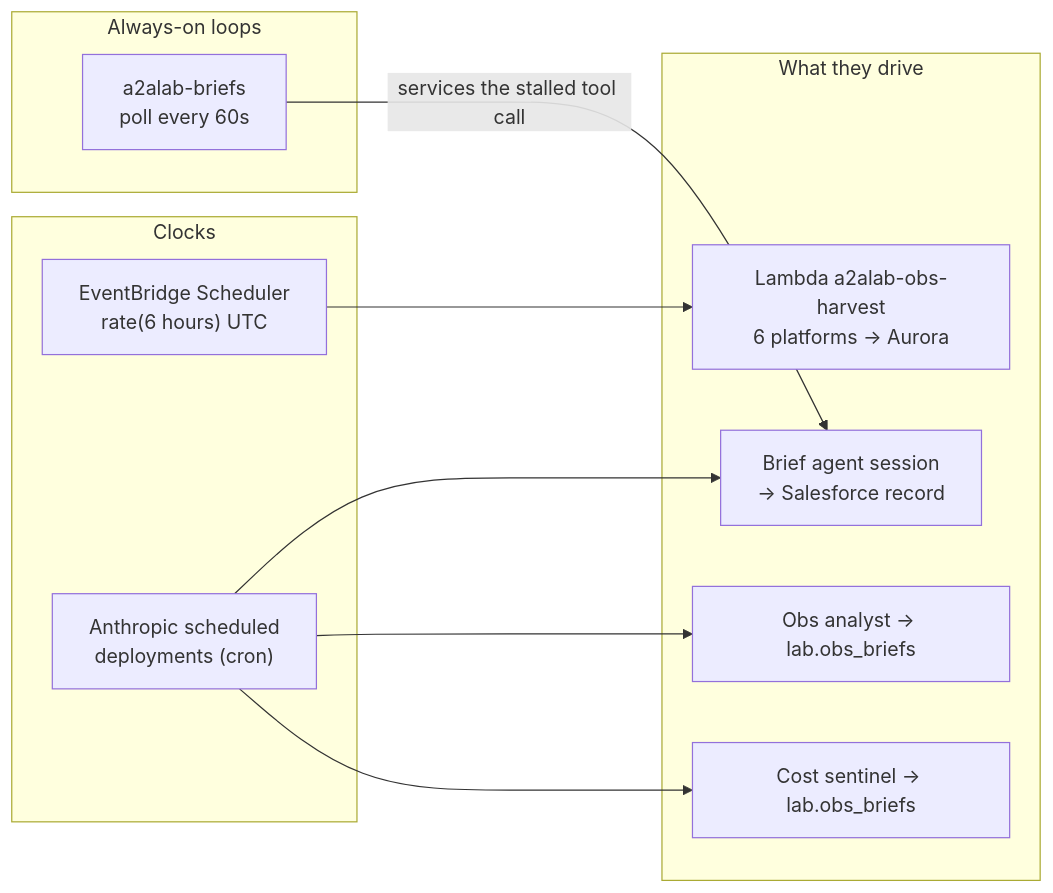
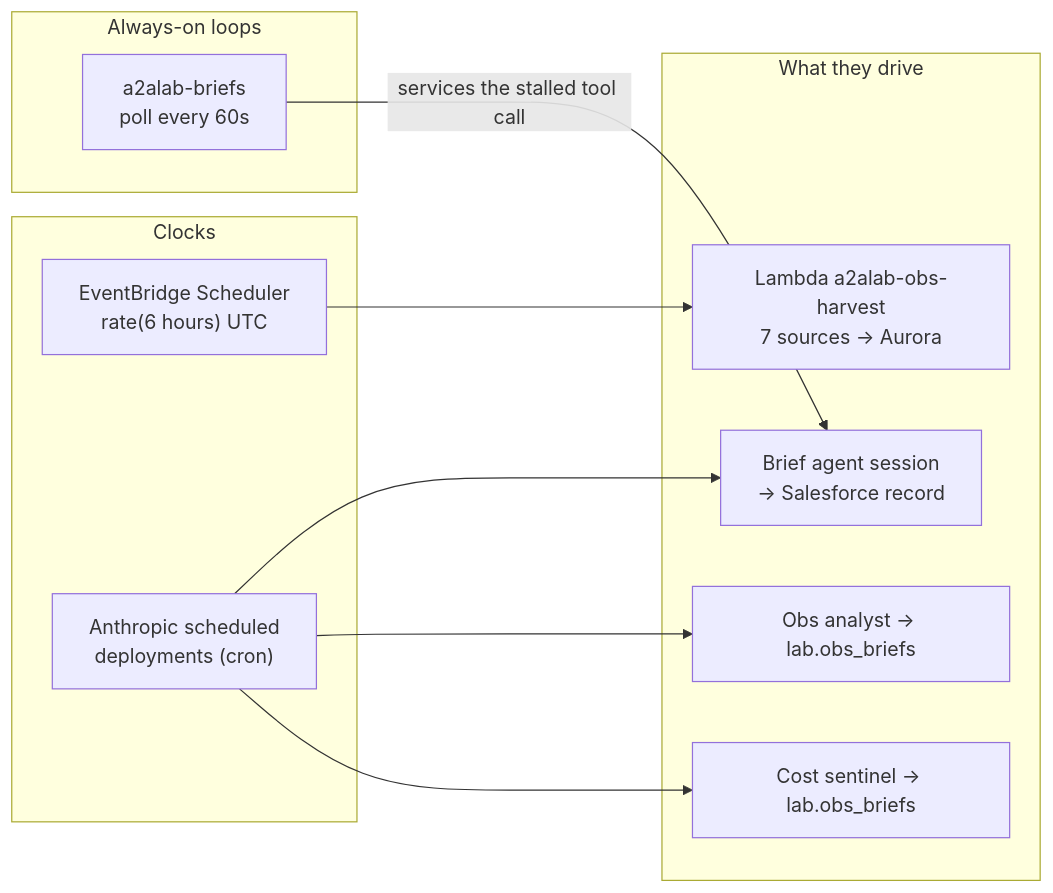
The ninth of 10 diagrams in plan/09-deployment-map.md (congmingwudi/a2a-lab), drawn with Mermaid before and after one commit. The commit also changed other lines of this file and 7 other files, not shown here.

````diff
--- a/plan/09-deployment-map.md
+++ b/plan/09-deployment-map.md
@@ -700,21 +700,21 @@
 ```mermaid
 flowchart LR
   subgraph CLK["Clocks"]
     EBS["EventBridge Scheduler<br/>rate(6 hours) UTC"]
     ANT["Anthropic scheduled<br/>deployments (cron)"]
   end
   subgraph LOOP["Always-on loops"]
     BW["a2alab-briefs<br/>poll every 60s"]
   end
   subgraph WORK["What they drive"]
-    HARV["Lambda a2alab-obs-harvest<br/>6 platforms -> Aurora"]
+    HARV["Lambda a2alab-obs-harvest<br/>7 sources -> Aurora"]
     BRIEF["Brief agent session<br/>-> Salesforce record"]
     ANLY["Obs analyst -> lab.obs_briefs"]
     COST["Cost sentinel -> lab.obs_briefs"]
   end
   EBS --> HARV
   ANT --> BRIEF
   ANT --> ANLY
   ANT --> COST
   BW -->|"services the stalled tool call"| BRIEF
 ```
````
